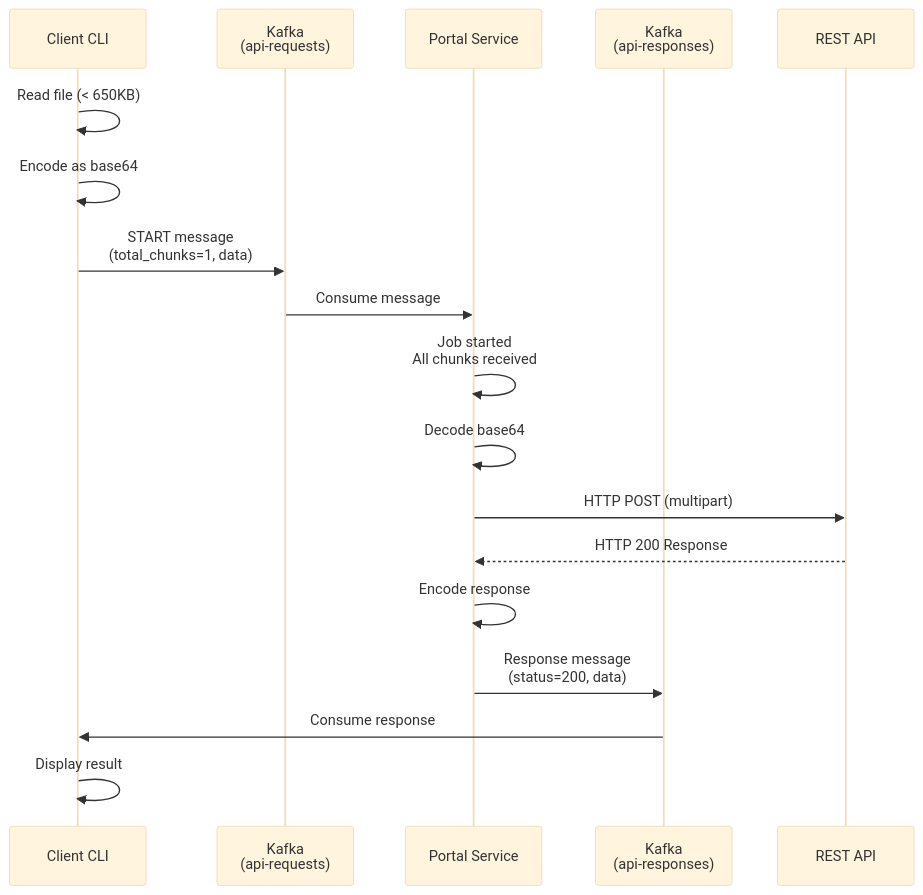
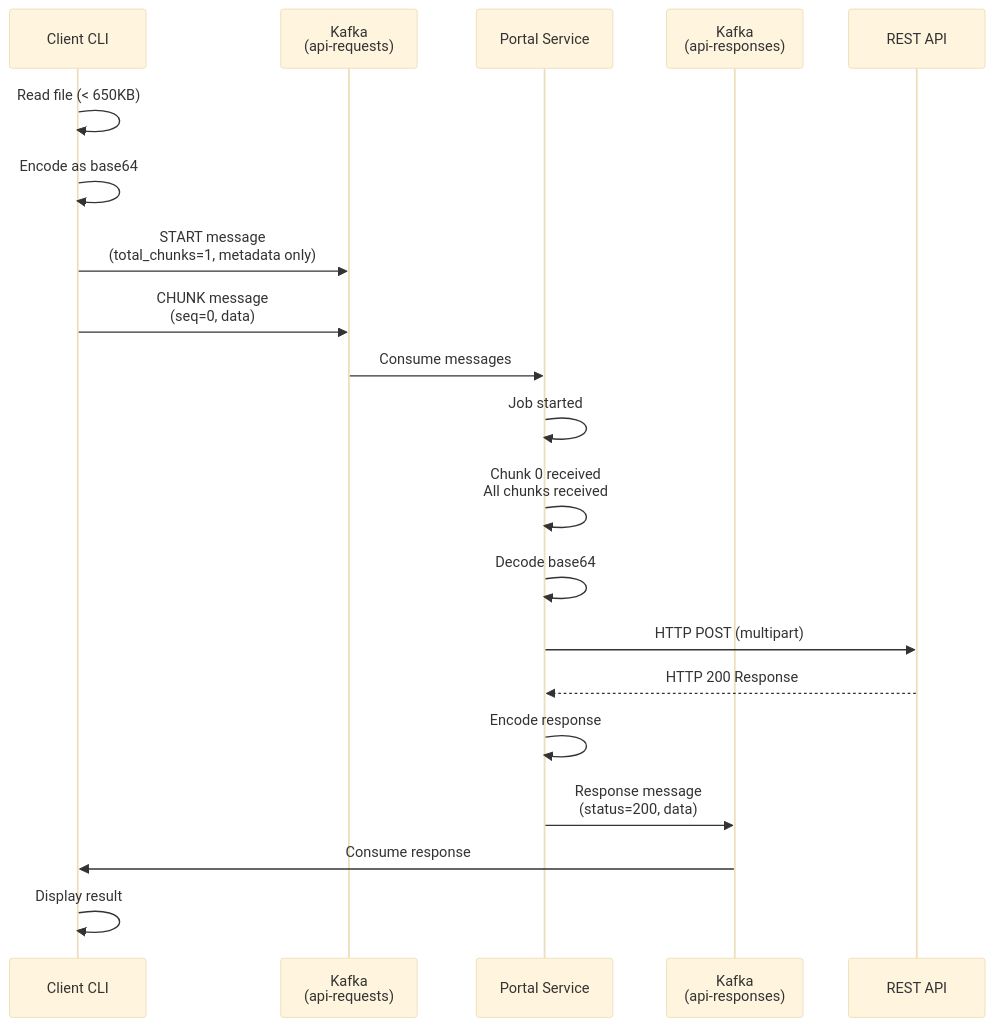
The sixth of 12 diagrams in PROTOCOL.md (oshea00/kafkasend), drawn with Mermaid (base theme) before and after one commit. The commit also changed other lines of this file, not shown here.

````diff
--- a/PROTOCOL.md
+++ b/PROTOCOL.md
@@ -595,21 +595,23 @@
 ```mermaid
 sequenceDiagram
     participant C as Client CLI
     participant KR as Kafka<br/>(api-requests)
     participant P as Portal Service
     participant KS as Kafka<br/>(api-responses)
     participant A as REST API
 
     C->>C: Read file (< 650KB)
     C->>C: Encode as base64
-    C->>KR: START message<br/>(total_chunks=1, data)
-    KR->>P: Consume message
-    P->>P: Job started<br/>All chunks received
+    C->>KR: START message<br/>(total_chunks=1, metadata only)
+    C->>KR: CHUNK message<br/>(seq=0, data)
+    KR->>P: Consume messages
+    P->>P: Job started
+    P->>P: Chunk 0 received<br/>All chunks received
     P->>P: Decode base64
     P->>A: HTTP POST (multipart)
     A-->>P: HTTP 200 Response
     P->>P: Encode response
     P->>KS: Response message<br/>(status=200, data)
     KS->>C: Consume response
     C->>C: Display result
 ```
````
